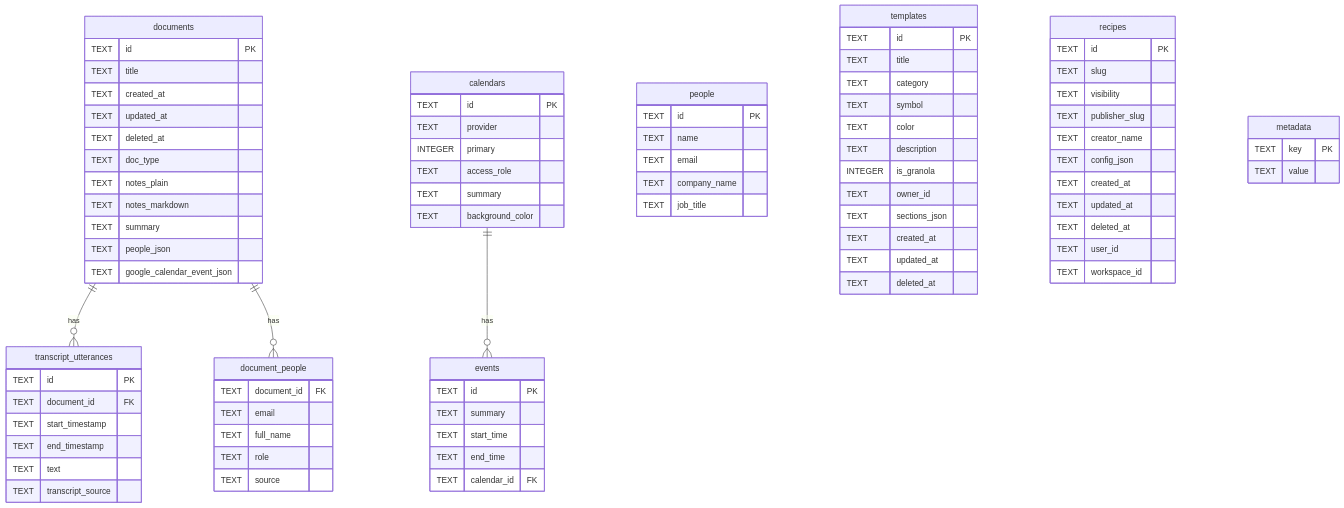
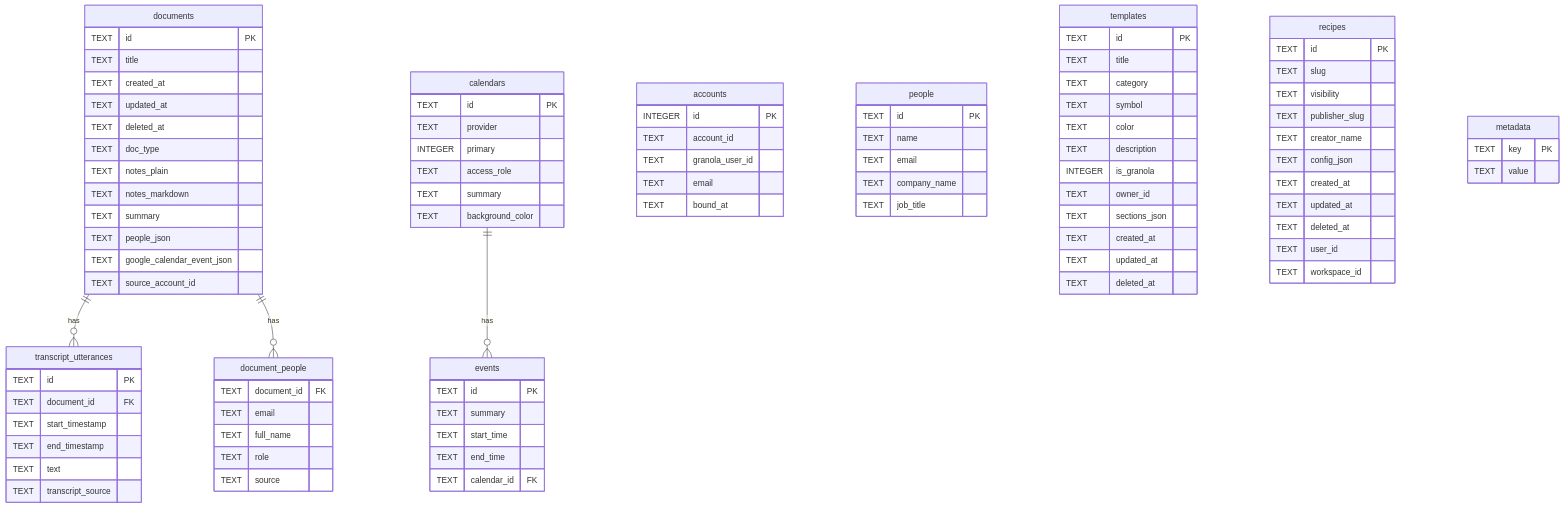
Before and after one commit to dmwyatt/granz: the first of 2 diagrams in docs/database-schema.md, drawn with Mermaid. The commit also changed other lines of this file and 1 other file, not shown here.

Commit message:
#132: Document account binding, rebind, and the new schema

```diff
--- a/docs/database-schema.md
+++ b/docs/database-schema.md
@@ -28,6 +28,15 @@
         TEXT summary
         TEXT people_json
         TEXT google_calendar_event_json
+        TEXT source_account_id
+    }
+
+    accounts {
+        INTEGER id PK
+        TEXT account_id
+        TEXT granola_user_id
+        TEXT email
+        TEXT bound_at
     }
 
     transcript_utterances {
```
